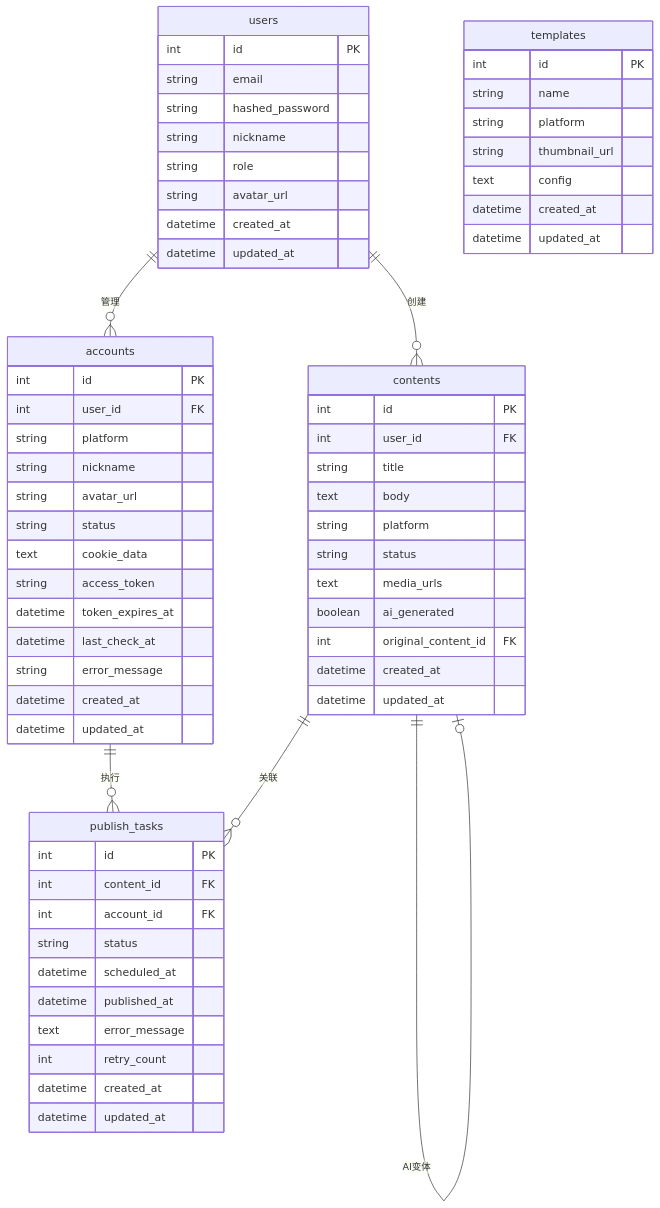
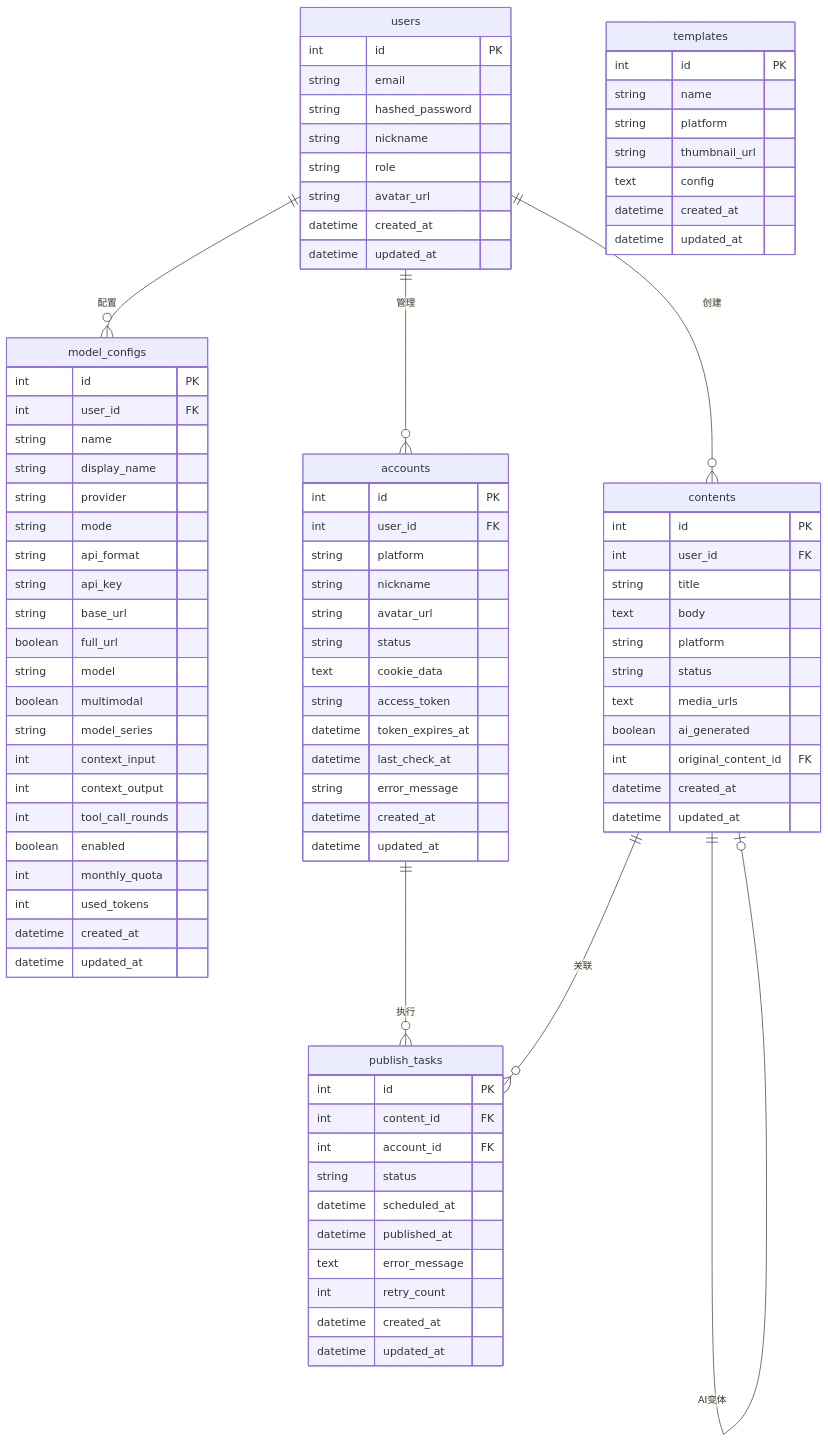
Before and after one commit to zhangming123456/ai-multi-platform-release: the third of 3 diagrams in .trae/documents/Technical-Architecture.md, drawn with Mermaid. The commit also changed other lines of this file and 1 other file, not shown here.

```diff
--- a/.trae/documents/Technical-Architecture.md
+++ b/.trae/documents/Technical-Architecture.md
@@ -294,6 +386,30 @@
         string nickname
         string role
         string avatar_url
+        datetime created_at
+        datetime updated_at
+    }
+
+    model_configs {
+        int id PK
+        int user_id FK
+        string name
+        string display_name
+        string provider
+        string mode
+        string api_format
+        string api_key
+        string base_url
+        boolean full_url
+        string model
+        boolean multimodal
+        string model_series
+        int context_input
+        int context_output
+        int tool_call_rounds
+        boolean enabled
+        int monthly_quota
+        int used_tokens
         datetime created_at
         datetime updated_at
     }
@@ -351,6 +467,7 @@
         datetime updated_at
     }
 
+    users ||--o{ model_configs : "配置"
     users ||--o{ accounts : "管理"
     users ||--o{ contents : "创建"
     accounts ||--o{ publish_tasks : "执行"
```
